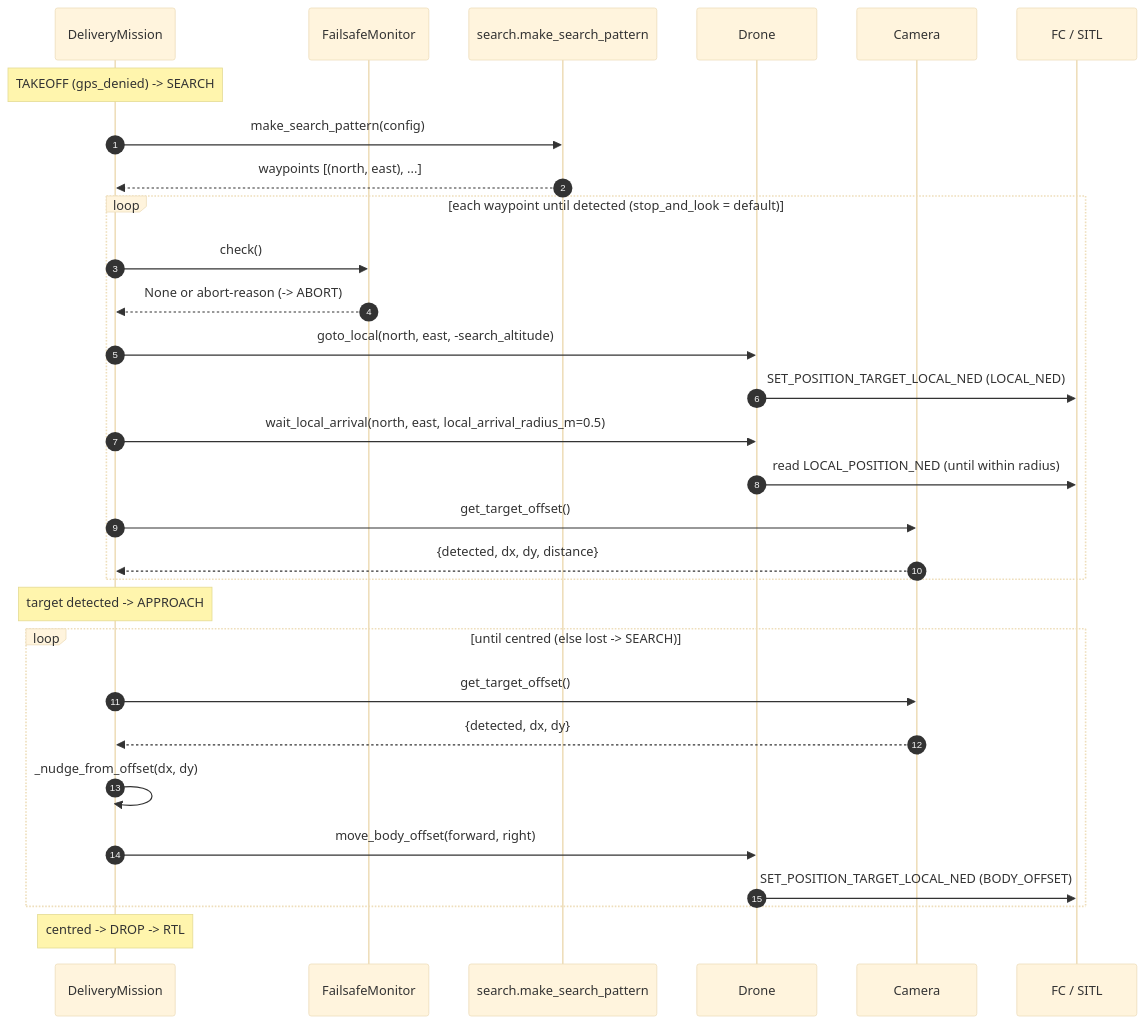
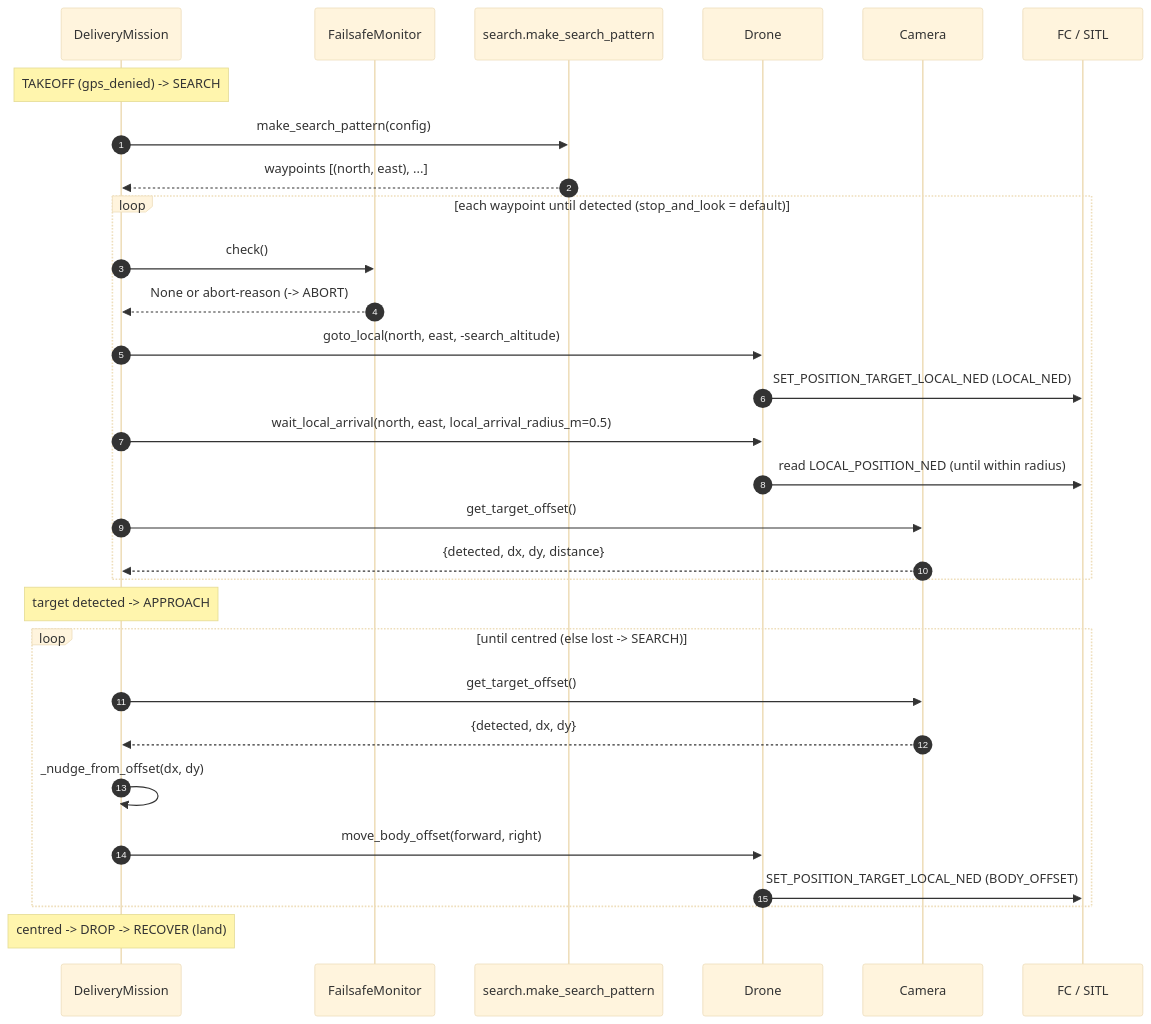
One commit to ki-drohnen-ss26/Pi-Code changed the fifth of 5 diagrams in docs/ARCHITECTURE.md. Above: the diagram before and after it, drawn with Mermaid (base theme). The commit also changed other lines of this file and 13 other files, not shown here.

````diff
--- a/docs/ARCHITECTURE.md
+++ b/docs/ARCHITECTURE.md
@@ -276,36 +296,36 @@
 ```mermaid
 sequenceDiagram
     autonumber
     participant Mis as DeliveryMission
     participant FS as FailsafeMonitor
     participant Sp as search.make_search_pattern
     participant Dr as Drone
     participant Cam as Camera
     participant FC as FC / SITL
 
     note over Mis: TAKEOFF (gps_denied) -> SEARCH
     Mis->>Sp: make_search_pattern(config)
     Sp-->>Mis: waypoints [(north, east), ...]
 
     loop each waypoint until detected (stop_and_look = default)
         Mis->>FS: check()
         FS-->>Mis: None or abort-reason (-> ABORT)
         Mis->>Dr: goto_local(north, east, -search_altitude)
         Dr->>FC: SET_POSITION_TARGET_LOCAL_NED (LOCAL_NED)
         Mis->>Dr: wait_local_arrival(north, east, local_arrival_radius_m=0.5)
         Dr->>FC: read LOCAL_POSITION_NED (until within radius)
         Mis->>Cam: get_target_offset()
         Cam-->>Mis: {detected, dx, dy, distance}
     end
 
     note over Mis: target detected -> APPROACH
     loop until centred (else lost -> SEARCH)
         Mis->>Cam: get_target_offset()
         Cam-->>Mis: {detected, dx, dy}
         Mis->>Mis: _nudge_from_offset(dx, dy)
         Mis->>Dr: move_body_offset(forward, right)
         Dr->>FC: SET_POSITION_TARGET_LOCAL_NED (BODY_OFFSET)
     end
 
-    note over Mis: centred -> DROP -> RTL
+    note over Mis: centred -> DROP -> RECOVER (land)
 ```
````
